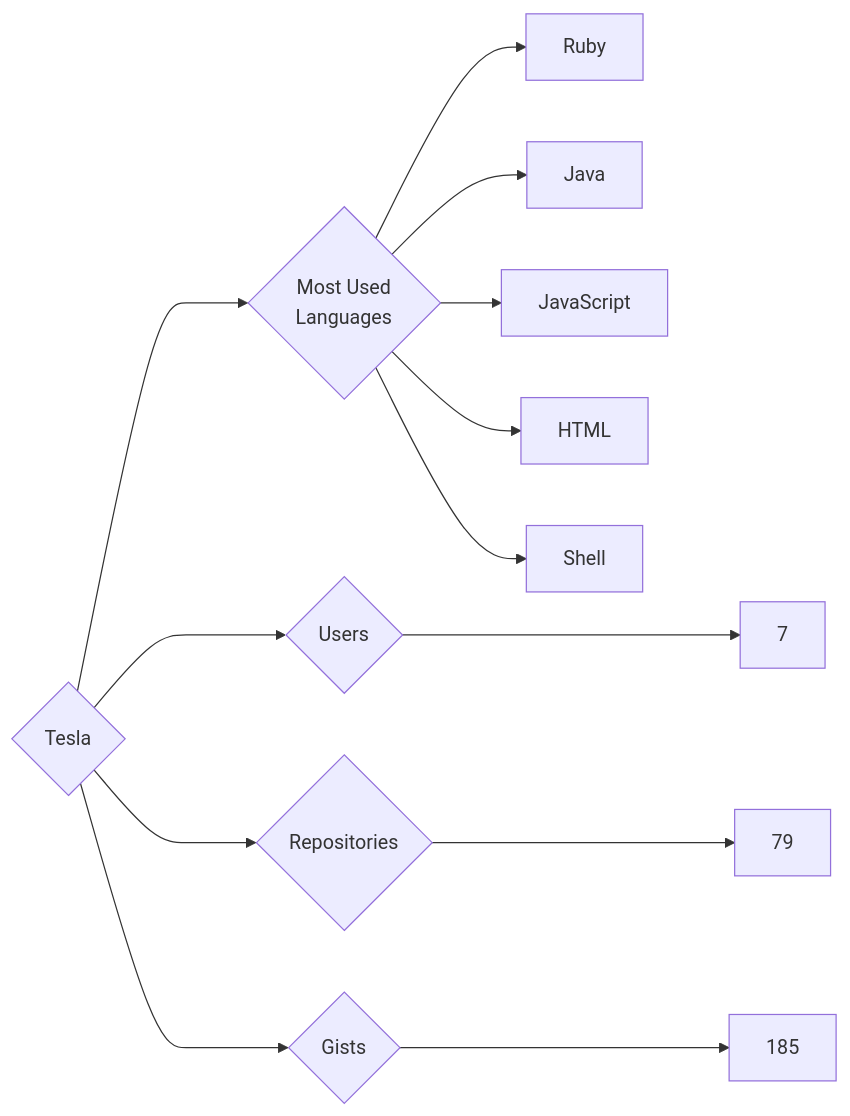
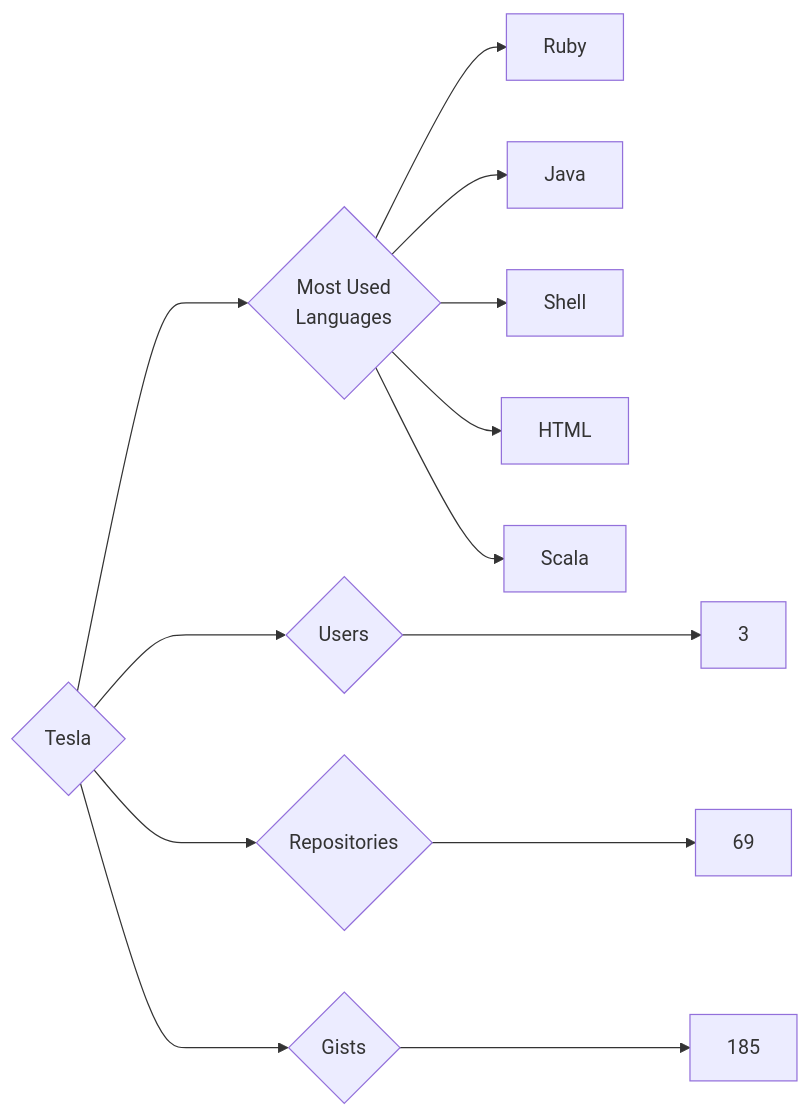
One commit to trickest/insiders changed the diagram in targets/Tesla/README.md. Above: the diagram before and after it, drawn with Mermaid. The commit also changed 799 other files, not shown here.

````diff
--- a/targets/Tesla/README.md
+++ b/targets/Tesla/README.md
@@ -3,13 +3,13 @@
 ```mermaid
 graph LR
 COMPANY_NAME{Tesla}
-COMPANY_NAME ---> U{Users} ---> UN[7]
-COMPANY_NAME ---> R{Repositories} ---> RN[79]
+COMPANY_NAME ---> U{Users} ---> UN[3]
+COMPANY_NAME ---> R{Repositories} ---> RN[69]
 COMPANY_NAME ---> G{Gists} ---> GN[185]
 COMPANY_NAME ---> ML{Most Used<br>Languages}
 ML --> Ruby[Ruby]
 ML --> Java[Java]
-ML --> JavaScript[JavaScript]
+ML --> Shell[Shell]
 ML --> HTML[HTML]
-ML --> Shell[Shell]
+ML --> Scala[Scala]
 ```
````
